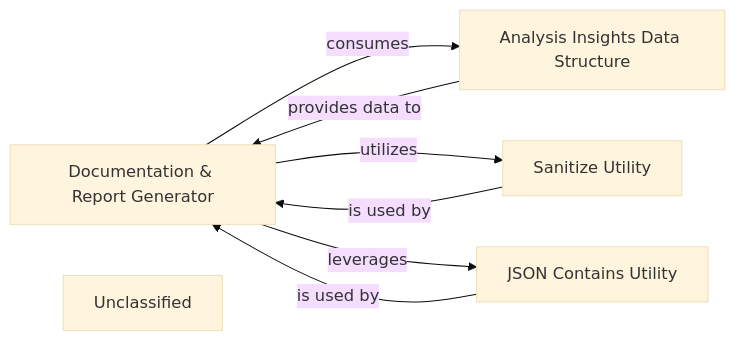
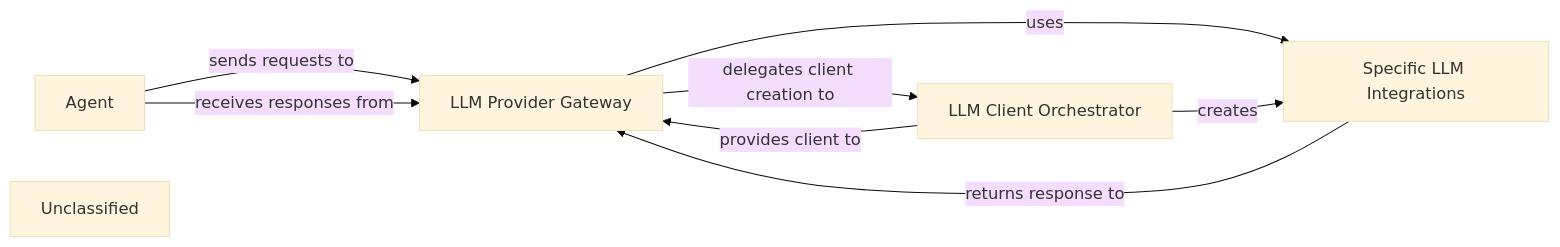
One commit to CodeBoarding/CodeBoarding changed the third of 7 diagrams in docs/development/architecture.md. Above: the diagram before and after it, drawn with Mermaid (base theme). The commit also changed other lines of this file and 19 other files, not shown here.

First line of the commit message:
docs: update codeboarding documentation and generate architecture

````diff
--- a/docs/development/architecture.md
+++ b/docs/development/architecture.md
@@ -176,15 +153,16 @@
 ```mermaid
 graph LR
-    Documentation_Report_Generator["Documentation & Report Generator"]
-    Analysis_Insights_Data_Structure["Analysis Insights Data Structure"]
-    Sanitize_Utility["Sanitize Utility"]
-    JSON_Contains_Utility["JSON Contains Utility"]
+    LLM_Provider_Gateway["LLM Provider Gateway"]
+    LLM_Client_Orchestrator["LLM Client Orchestrator"]
+    Specific_LLM_Integrations["Specific LLM Integrations"]
+    Agent["Agent"]
     Unclassified["Unclassified"]
-    Documentation_Report_Generator -- "consumes" --> Analysis_Insights_Data_Structure
-    Documentation_Report_Generator -- "utilizes" --> Sanitize_Utility
-    Documentation_Report_Generator -- "leverages" --> JSON_Contains_Utility
-    Analysis_Insights_Data_Structure -- "provides data to" --> Documentation_Report_Generator
-    Sanitize_Utility -- "is used by" --> Documentation_Report_Generator
-    JSON_Contains_Utility -- "is used by" --> Documentation_Report_Generator
-    click Documentation_Report_Generator href "https://github.com/CodeBoarding/CodeBoarding/blob/main/.codeboarding/Documentation_Report_Generator.md" "Details"
+    LLM_Provider_Gateway -- "delegates client creation to" --> LLM_Client_Orchestrator
+    LLM_Provider_Gateway -- "uses" --> Specific_LLM_Integrations
+    LLM_Client_Orchestrator -- "creates" --> Specific_LLM_Integrations
+    LLM_Client_Orchestrator -- "provides client to" --> LLM_Provider_Gateway
+    Specific_LLM_Integrations -- "returns response to" --> LLM_Provider_Gateway
+    Agent -- "sends requests to" --> LLM_Provider_Gateway
+    Agent -- "receives responses from" --> LLM_Provider_Gateway
+    click LLM_Provider_Gateway href "https://github.com/CodeBoarding/CodeBoarding/blob/main/.codeboarding/LLM_Provider_Gateway.md" "Details"
 ```
````
